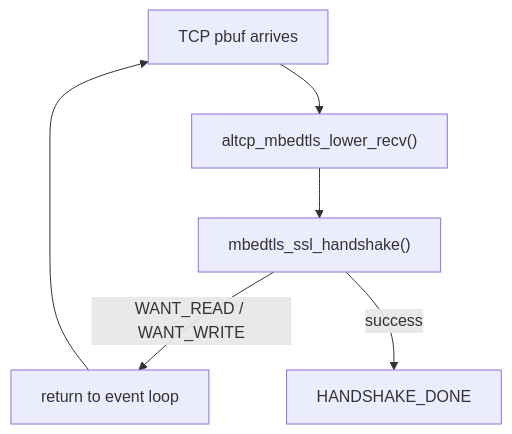
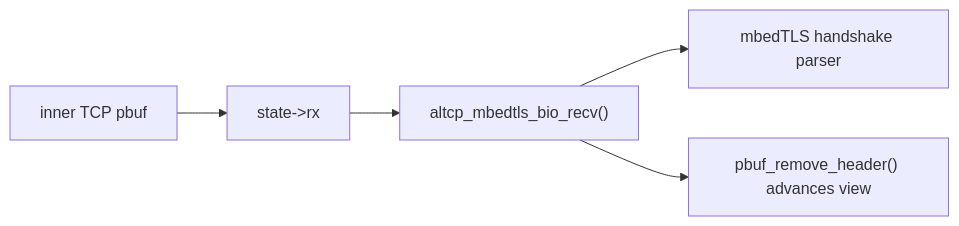
One commit to wdfk-prog/lwIP-Source-Lab changed the fifth of 8 diagrams in docs/33-altcp-tls-https.md. Above: the diagram before and after it, drawn with Mermaid. The commit also changed other lines of this file and 49 other files, not shown here.

````diff
--- a/docs/33-altcp-tls-https.md
+++ b/docs/33-altcp-tls-https.md
@@ -125,8 +586,7 @@
 ```mermaid
-flowchart TD
-    A["TCP pbuf arrives"] --> B["altcp_mbedtls_lower_recv()"]
-    B --> C["mbedtls_ssl_handshake()"]
-    C -->|"WANT_READ / WANT_WRITE"| D["return to event loop"]
-    D --> A
-    C -->|"success"| E["HANDSHAKE_DONE"]
+flowchart LR
+    A["inner TCP pbuf"] --> B["state->rx"]
+    B --> C["altcp_mbedtls_bio_recv()"]
+    C --> D["mbedTLS handshake parser"]
+    C --> E["pbuf_remove_header() advances view"]
 ```
````
